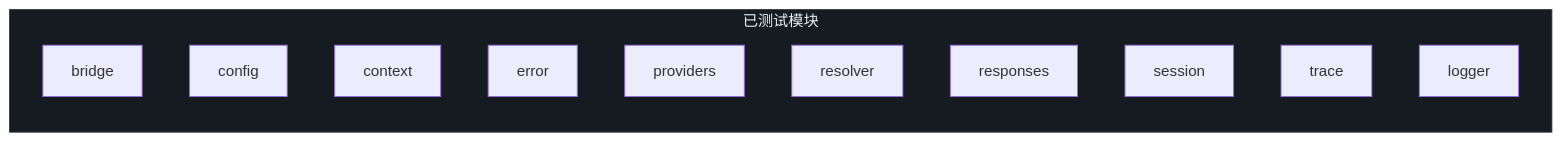
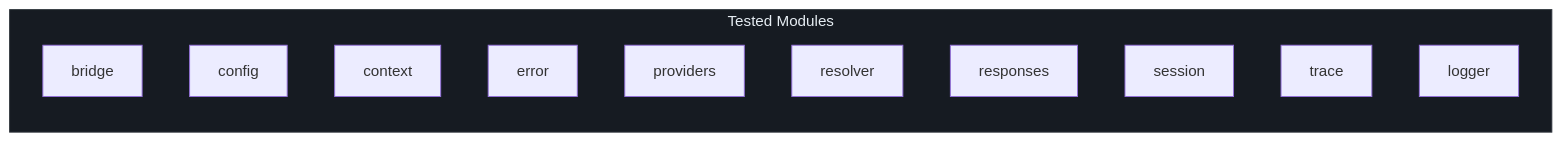
The second of 5 diagrams in wiki/zh/08-testing/testing.md (Ahoo-Wang/GodeX), drawn with Mermaid before and after one commit. The commit also changed other lines of this file and 36 other files, not shown here.

````diff
--- a/wiki/zh/08-testing/testing.md
+++ b/wiki/zh/08-testing/testing.md
@@ -51,16 +51,16 @@
 ```mermaid
 graph LR
-    subgraph Modules ["已测试模块"]
+    subgraph Modules ["Tested Modules"]
         style Modules fill:#161b22,stroke:#30363d,color:#e6edf3
         B["bridge"]
         C["config"]
         CX["context"]
         E["error"]
         P["providers"]
         R["resolver"]
         RS["responses"]
         S["session"]
         T["trace"]
         L["logger"]
     end
 ```
````
